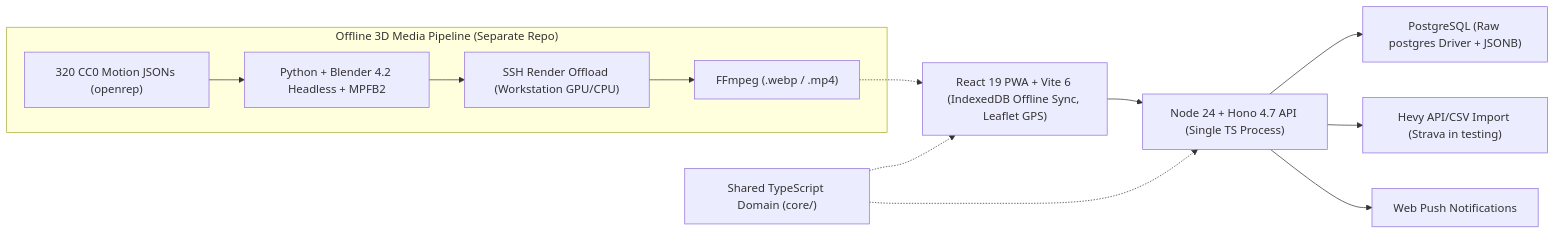
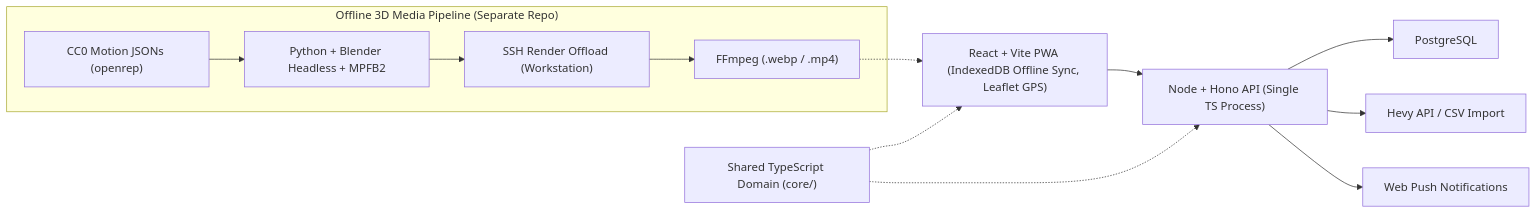
Before and after one commit to antonyandrade01/skorp-fit: the diagram in README.md, drawn with Mermaid. The commit also changed other lines of this file, not shown here.

````diff
--- a/README.md
+++ b/README.md
@@ -15,15 +15,15 @@
 ```mermaid
 flowchart LR
-    PWA["React 19 PWA + Vite 6 (IndexedDB Offline Sync, Leaflet GPS)"] --> API["Node 24 + Hono 4.7 API (Single TS Process)"]
+    PWA["React + Vite PWA (IndexedDB Offline Sync, Leaflet GPS)"] --> API["Node + Hono API (Single TS Process)"]
     CORE["Shared TypeScript Domain (core/)"] -.-> PWA
     CORE -.-> API
-    API --> PG["PostgreSQL (Raw postgres Driver + JSONB)"]
-    API --> EXT["Hevy API/CSV Import (Strava in testing)"]
+    API --> PG["PostgreSQL"]
+    API --> EXT["Hevy API / CSV Import"]
     API --> PUSH["Web Push Notifications"]
     subgraph MEDIA["Offline 3D Media Pipeline (Separate Repo)"]
-        JSON["320 CC0 Motion JSONs (openrep)"] --> BL["Python + Blender 4.2 Headless + MPFB2"]
-        BL --> SSH["SSH Render Offload (Workstation GPU/CPU)"]
+        JSON["CC0 Motion JSONs (openrep)"] --> BL["Python + Blender Headless + MPFB2"]
+        BL --> SSH["SSH Render Offload (Workstation)"]
         SSH --> FF["FFmpeg (.webp / .mp4)"]
     end
     FF -.-> PWA
 ```
````
